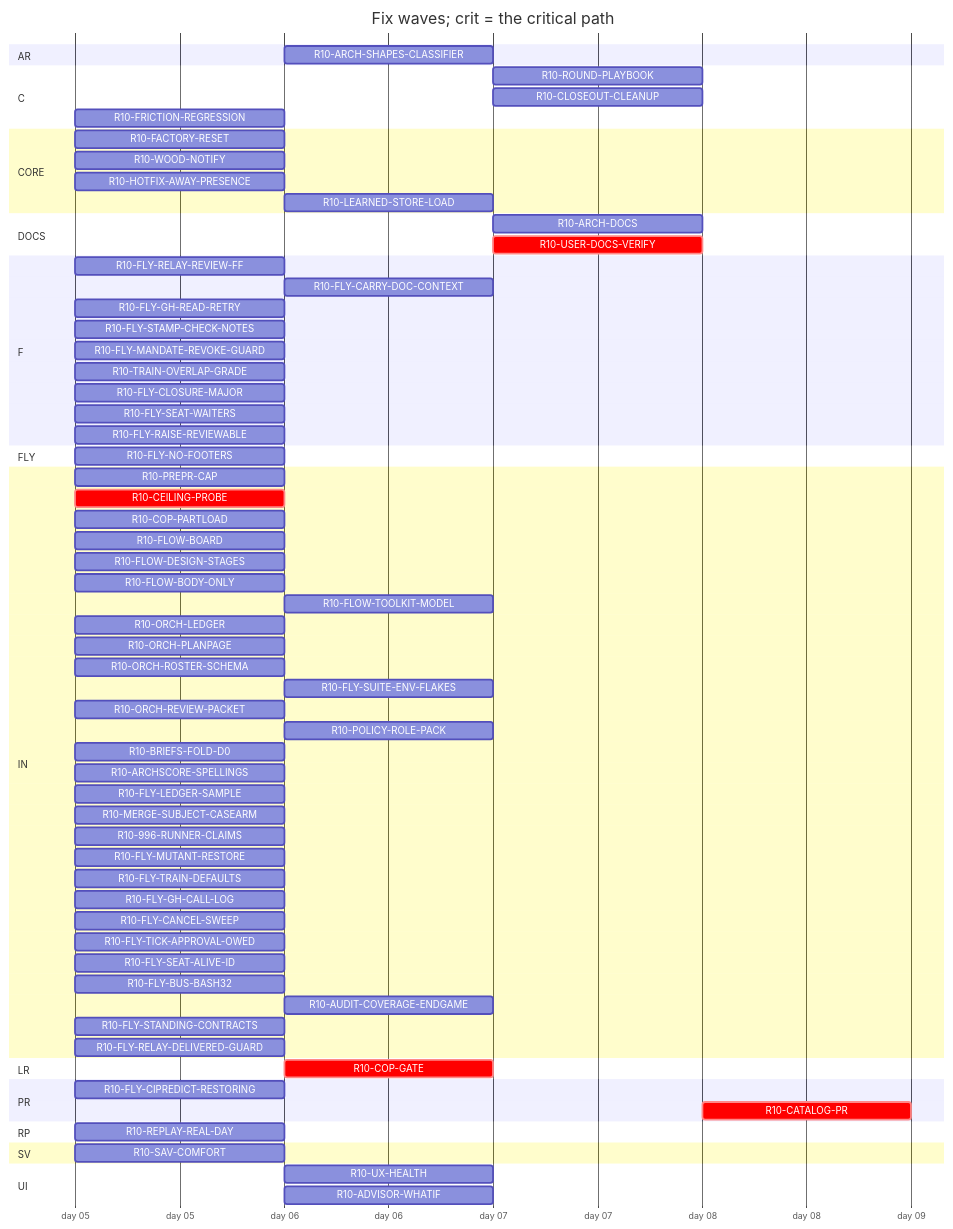
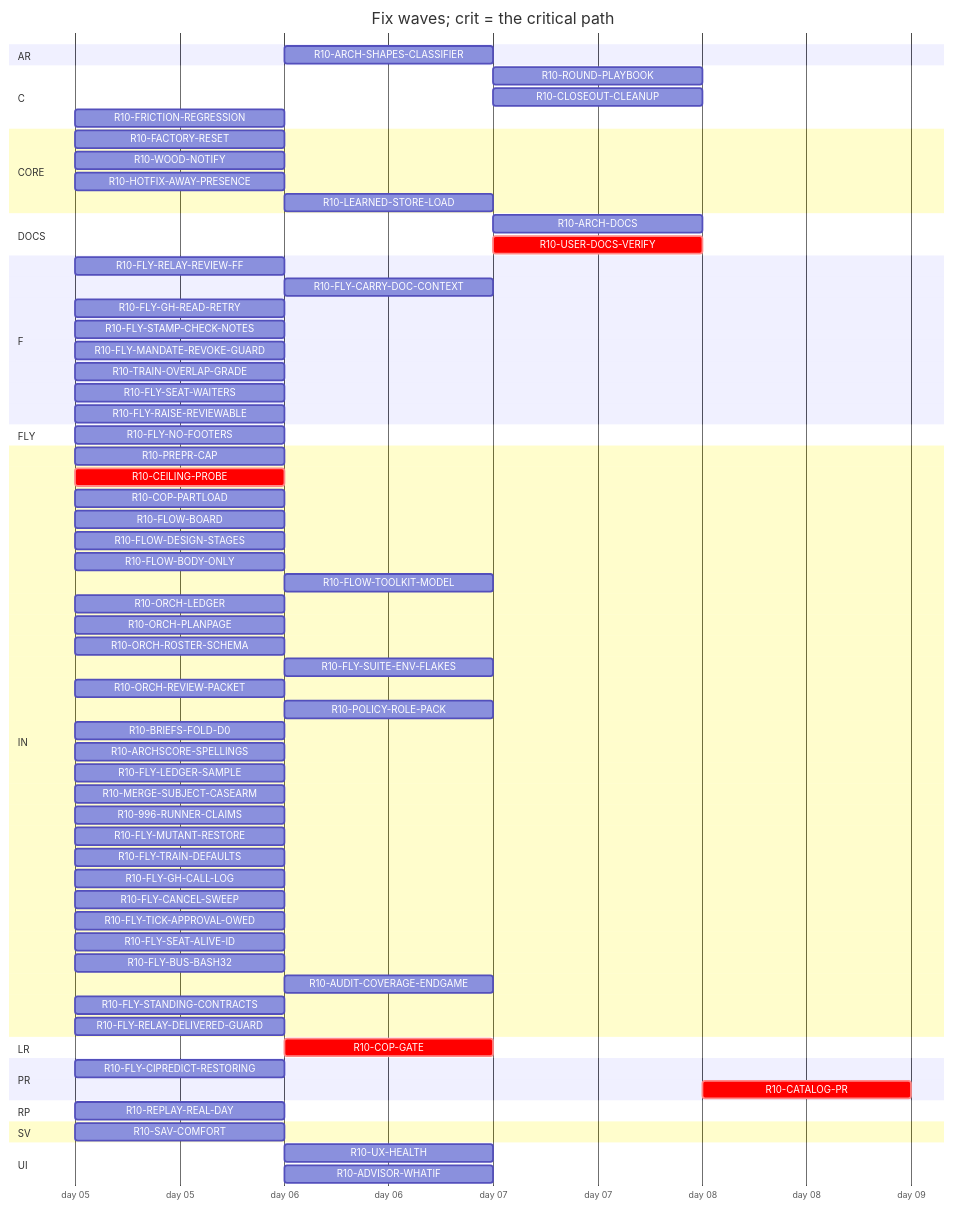
The diagram in handoff/round10/state/PLAN-TABLE.md (tvofi/heatpump_optimizer), drawn with Mermaid before and after one commit. The commit also changed other lines of this file and 3 other files, not shown here.

Commit message:
state: FLOW-BOARD.md, NEXT-SESSION-PROMPT.md, PLAN-TABLE.md, RESUME-CURRENT.md regenerated (state_docs.py)

````diff
--- a/handoff/round10/state/PLAN-TABLE.md
+++ b/handoff/round10/state/PLAN-TABLE.md
@@ -25,73 +25,72 @@
 ```mermaid
 gantt
   title Fix waves; crit = the critical path
   dateFormat YYYY-MM-DD
   axisFormat day %d
   section AR
     R10-ARCH-SHAPES-CLASSIFIER :r10ARCHSHAPESCLASSIFIER, after r10996RUNNERCLAIMS, 1d
   section C
     R10-ROUND-PLAYBOOK :r10ROUNDPLAYBOOK, after r10ORCHLEDGER r10ORCHPLANPAGE r10FLYRELAYREVIEWFF r10FLOWBODYONLY r10AUDITCOVERAGEENDGAME r10FLOWDESIGNSTAGES r10ORCHROSTERSCHEMA r10FLOWTOOLKITMODEL r10TRAINOVERLAPGRADE r10FLYTRAINDEFAULTS r10FLYCANCELSWEEP r10POLICYROLEPACK r10ORCHREVIEWPACKET r10FLOWBOARD, 1d
     R10-CLOSEOUT-CLEANUP :r10CLOSEOUTCLEANUP, after r10AUDITCOVERAGEENDGAME, 1d
     R10-FRICTION-REGRESSION :r10FRICTIONREGRESSION, 2026-01-05, 1d
   section CORE
     R10-FACTORY-RESET :r10FACTORYRESET, 2026-01-05, 1d
     R10-WOOD-NOTIFY :r10WOODNOTIFY, 2026-01-05, 1d
     R10-HOTFIX-AWAY-PRESENCE :r10HOTFIXAWAYPRESENCE, 2026-01-05, 1d
     R10-LEARNED-STORE-LOAD :r10LEARNEDSTORELOAD, after r10FACTORYRESET, 1d
   section DOCS
     R10-ARCH-DOCS :r10ARCHDOCS, after r10COPGATE r10UXHEALTH r10SAVCOMFORT r10CEILINGPROBE r10COPPARTLOAD r10FLOWBOARD r10FLOWDESIGNSTAGES r10FLOWBODYONLY r10FLYRELAYREVIEWFF r10FLYCARRYDOCCONTEXT r10FLOWTOOLKITMODEL r10FLYSTAMPCHECKNOTES r10FLYMANDATEREVOKEGUARD r10TRAINOVERLAPGRADE r10FLYSUITEENVFLAKES r10ORCHLEDGER r10ORCHPLANPAGE r10ORCHROSTERSCHEMA r10ORCHREVIEWPACKET r10POLICYROLEPACK r10BRIEFSFOLDD0 r10REPLAYREALDAY r10ARCHSCORESPELLINGS r10FLYLEDGERSAMPLE, 1d
     R10-USER-DOCS-VERIFY :crit, r10USERDOCSVERIFY, after r10COPGATE r10UXHEALTH r10SAVCOMFORT r10CEILINGPROBE r10COPPARTLOAD r10FACTORYRESET r10WOODNOTIFY r10ARCHSHAPESCLASSIFIER r10HOTFIXAWAYPRESENCE, 1d
   section F
     R10-FLY-RELAY-REVIEW-FF :r10FLYRELAYREVIEWFF, 2026-01-05, 1d
     R10-FLY-CARRY-DOC-CONTEXT :r10FLYCARRYDOCCONTEXT, after r10FLYGHREADRETRY, 1d
     R10-FLY-GH-READ-RETRY :r10FLYGHREADRETRY, 2026-01-05, 1d
     R10-FLY-STAMP-CHECK-NOTES :r10FLYSTAMPCHECKNOTES, 2026-01-05, 1d
     R10-FLY-MANDATE-REVOKE-GUARD :r10FLYMANDATEREVOKEGUARD, 2026-01-05, 1d
     R10-TRAIN-OVERLAP-GRADE :r10TRAINOVERLAPGRADE, 2026-01-05, 1d
-    R10-FLY-CLOSURE-MAJOR :r10FLYCLOSUREMAJOR, 2026-01-05, 1d
     R10-FLY-SEAT-WAITERS :r10FLYSEATWAITERS, 2026-01-05, 1d
     R10-FLY-RAISE-REVIEWABLE :r10FLYRAISEREVIEWABLE, 2026-01-05, 1d
   section FLY
     R10-FLY-NO-FOOTERS :r10FLYNOFOOTERS, 2026-01-05, 1d
   section IN
     R10-PREPR-CAP :r10PREPRCAP, 2026-01-05, 1d
     R10-CEILING-PROBE :crit, r10CEILINGPROBE, 2026-01-05, 1d
     R10-COP-PARTLOAD :r10COPPARTLOAD, 2026-01-05, 1d
     R10-FLOW-BOARD :r10FLOWBOARD, 2026-01-05, 1d
     R10-FLOW-DESIGN-STAGES :r10FLOWDESIGNSTAGES, 2026-01-05, 1d
     R10-FLOW-BODY-ONLY :r10FLOWBODYONLY, 2026-01-05, 1d
     R10-FLOW-TOOLKIT-MODEL :r10FLOWTOOLKITMODEL, after r10ORCHPLANPAGE r10FLYCANCELSWEEP, 1d
     R10-ORCH-LEDGER :r10ORCHLEDGER, 2026-01-05, 1d
     R10-ORCH-PLANPAGE :r10ORCHPLANPAGE, 2026-01-05, 1d
     R10-ORCH-ROSTER-SCHEMA :r10ORCHROSTERSCHEMA, 2026-01-05, 1d
     R10-FLY-SUITE-ENV-FLAKES :r10FLYSUITEENVFLAKES, after r10SAVCOMFORT, 1d
     R10-ORCH-REVIEW-PACKET :r10ORCHREVIEWPACKET, 2026-01-05, 1d
     R10-POLICY-ROLE-PACK :r10POLICYROLEPACK, after r10FLOWDESIGNSTAGES, 1d
     R10-BRIEFS-FOLD-D0 :r10BRIEFSFOLDD0, 2026-01-05, 1d
     R10-ARCHSCORE-SPELLINGS :r10ARCHSCORESPELLINGS, 2026-01-05, 1d
     R10-FLY-LEDGER-SAMPLE :r10FLYLEDGERSAMPLE, 2026-01-05, 1d
     R10-MERGE-SUBJECT-CASEARM :r10MERGESUBJECTCASEARM, 2026-01-05, 1d
     R10-996-RUNNER-CLAIMS :r10996RUNNERCLAIMS, 2026-01-05, 1d
     R10-FLY-MUTANT-RESTORE :r10FLYMUTANTRESTORE, 2026-01-05, 1d
     R10-FLY-TRAIN-DEFAULTS :r10FLYTRAINDEFAULTS, 2026-01-05, 1d
     R10-FLY-GH-CALL-LOG :r10FLYGHCALLLOG, 2026-01-05, 1d
     R10-FLY-CANCEL-SWEEP :r10FLYCANCELSWEEP, 2026-01-05, 1d
     R10-FLY-TICK-APPROVAL-OWED :r10FLYTICKAPPROVALOWED, 2026-01-05, 1d
     R10-FLY-SEAT-ALIVE-ID :r10FLYSEATALIVEID, 2026-01-05, 1d
     R10-FLY-BUS-BASH32 :r10FLYBUSBASH32, 2026-01-05, 1d
     R10-AUDIT-COVERAGE-ENDGAME :r10AUDITCOVERAGEENDGAME, after r10FLYMUTANTRESTORE r10996RUNNERCLAIMS, 1d
     R10-FLY-STANDING-CONTRACTS :r10FLYSTANDINGCONTRACTS, 2026-01-05, 1d
     R10-FLY-RELAY-DELIVERED-GUARD :r10FLYRELAYDELIVEREDGUARD, 2026-01-05, 1d
   section LR
     R10-COP-GATE :crit, r10COPGATE, after r10CEILINGPROBE, 1d
   section PR
     R10-FLY-CIPREDICT-RESTORING :r10FLYCIPREDICTRESTORING, 2026-01-05, 1d
     R10-CATALOG-PR :crit, r10CATALOGPR, after r10USERDOCSVERIFY r10AUDITCOVERAGEENDGAME, 1d
   section RP
     R10-REPLAY-REAL-DAY :r10REPLAYREALDAY, 2026-01-05, 1d
   section SV
     R10-SAV-COMFORT :r10SAVCOMFORT, 2026-01-05, 1d
   section UI
     R10-UX-HEALTH :r10UXHEALTH, after r10SAVCOMFORT, 1d
     R10-ADVISOR-WHATIF :r10ADVISORWHATIF, after r10SAVCOMFORT, 1d
 ```
````
